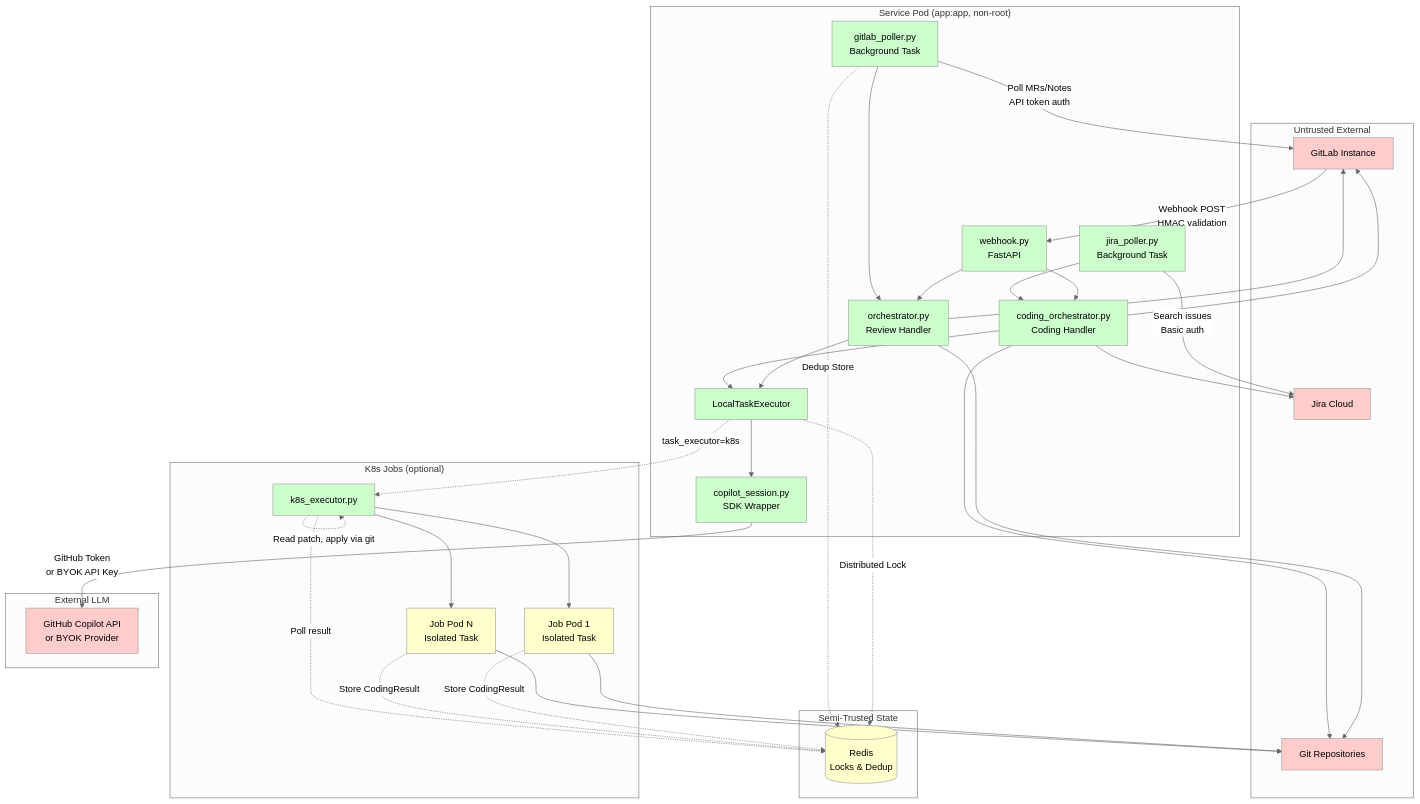
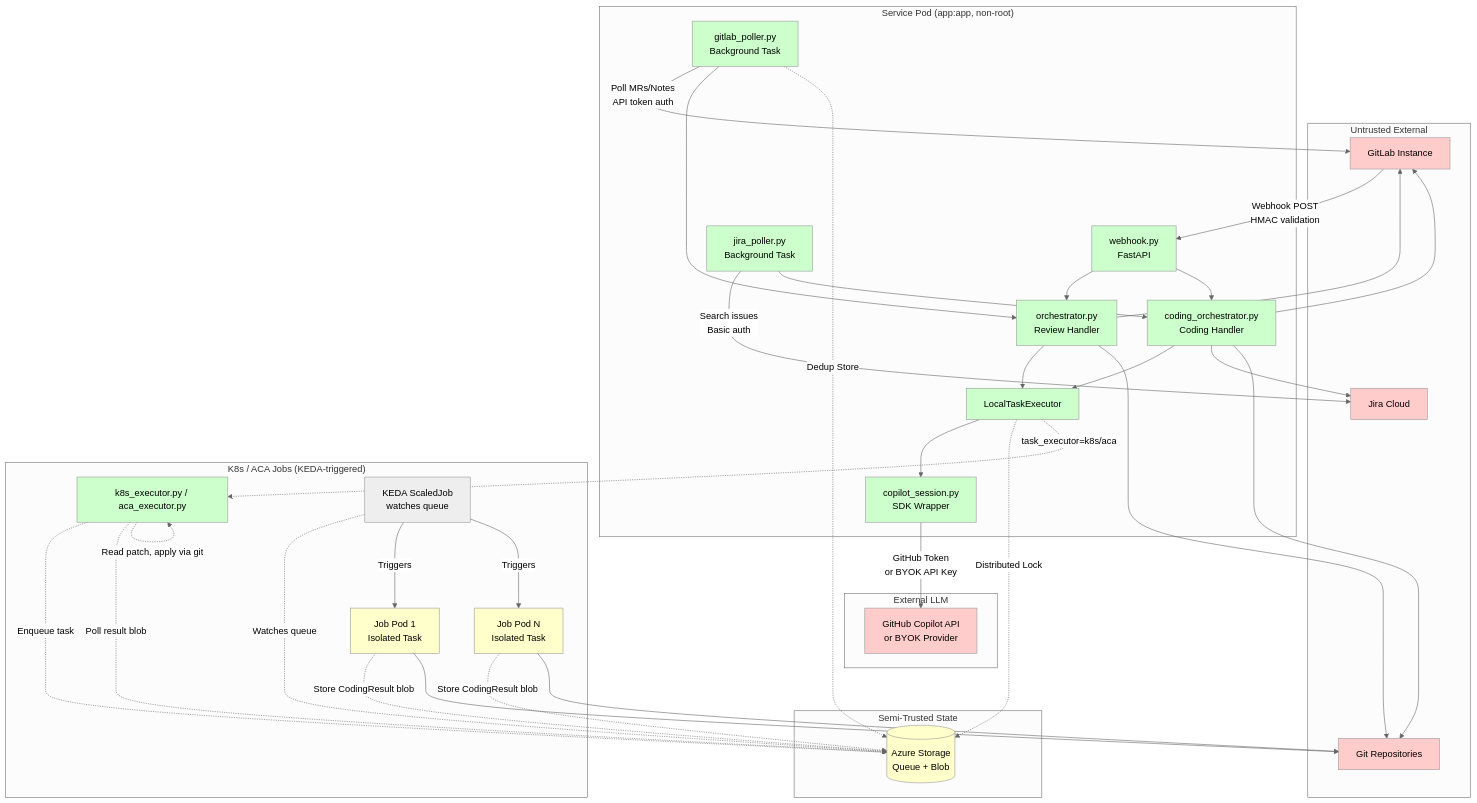
One commit to peteroden/gitlab-copilot-agent changed the diagram in docs/wiki/architecture-overview.md. Above: the diagram before and after it, drawn with Mermaid (neutral theme). The commit also changed other lines of this file and 5 other files, not shown here.

First line of the commit message:
docs: update documentation for KEDA + Azure Storage Queue dispatch

````diff
--- a/docs/wiki/architecture-overview.md
+++ b/docs/wiki/architecture-overview.md
@@ -5,74 +5,77 @@
 ```mermaid
 graph TB
     subgraph "Untrusted External"
         GL[GitLab Instance]
         JIRA[Jira Cloud]
         REPO[Git Repositories]
     end
 
     subgraph "Service Pod (app:app, non-root)"
         WH[webhook.py<br/>FastAPI]
         GLP[gitlab_poller.py<br/>Background Task]
         JP[jira_poller.py<br/>Background Task]
         ORCH[orchestrator.py<br/>Review Handler]
         CODING[coding_orchestrator.py<br/>Coding Handler]
         EXEC[LocalTaskExecutor]
         COPILOT[copilot_session.py<br/>SDK Wrapper]
     end
 
     subgraph "Semi-Trusted State"
-        REDIS[(Redis<br/>Locks & Dedup)]
+        AZURE_STORAGE[(Azure Storage<br/>Queue + Blob)]
     end
 
-    subgraph "K8s Jobs (optional)"
-        K8SEXEC[k8s_executor.py]
+    subgraph "K8s / ACA Jobs (KEDA-triggered)"
+        K8SEXEC[k8s_executor.py / aca_executor.py]
+        KEDA[KEDA ScaledJob<br/>watches queue]
         JOB1[Job Pod 1<br/>Isolated Task]
         JOB2[Job Pod N<br/>Isolated Task]
     end
 
     subgraph "External LLM"
         GHAPI[GitHub Copilot API<br/>or BYOK Provider]
     end
 
     GL -->|Webhook POST<br/>HMAC validation| WH
     GLP -->|Poll MRs/Notes<br/>API token auth| GL
     JP -->|Search issues<br/>Basic auth| JIRA
 
     WH --> ORCH
     GLP --> ORCH
     WH --> CODING
     JP --> CODING
 
     ORCH --> EXEC
     CODING --> EXEC
     EXEC --> COPILOT
     
     COPILOT -->|GitHub Token<br/>or BYOK API Key| GHAPI
 
     ORCH --> GL
     CODING --> GL
     CODING --> JIRA
 
-    EXEC -.->|Distributed Lock| REDIS
-    GLP -.->|Dedup Store| REDIS
+    EXEC -.->|Distributed Lock| AZURE_STORAGE
+    GLP -.->|Dedup Store| AZURE_STORAGE
     
-    EXEC -.->|task_executor=k8s| K8SEXEC
-    K8SEXEC --> JOB1
-    K8SEXEC --> JOB2
-    JOB1 -.->|Store CodingResult| REDIS
-    JOB2 -.->|Store CodingResult| REDIS
-    K8SEXEC -.->|Poll result| REDIS
+    EXEC -.->|task_executor=k8s/aca| K8SEXEC
+    K8SEXEC -.->|Enqueue task| AZURE_STORAGE
+    KEDA -.->|Watches queue| AZURE_STORAGE
+    KEDA -->|Triggers| JOB1
+    KEDA -->|Triggers| JOB2
+    JOB1 -.->|Store CodingResult blob| AZURE_STORAGE
+    JOB2 -.->|Store CodingResult blob| AZURE_STORAGE
+    K8SEXEC -.->|Poll result blob| AZURE_STORAGE
     K8SEXEC -.->|Read patch, apply via git| K8SEXEC
 
     ORCH --> REPO
     CODING --> REPO
     JOB1 --> REPO
     JOB2 --> REPO
 
     classDef untrusted fill:#ffcccc
     classDef trusted fill:#ccffcc
     classDef semi fill:#ffffcc
     class GL,JIRA,REPO,GHAPI untrusted
     class WH,GLP,JP,ORCH,CODING,EXEC,COPILOT,K8SEXEC trusted
-    class REDIS,JOB1,JOB2 semi
+    class AZURE_STORAGE,JOB1,JOB2 semi
 ```
````
